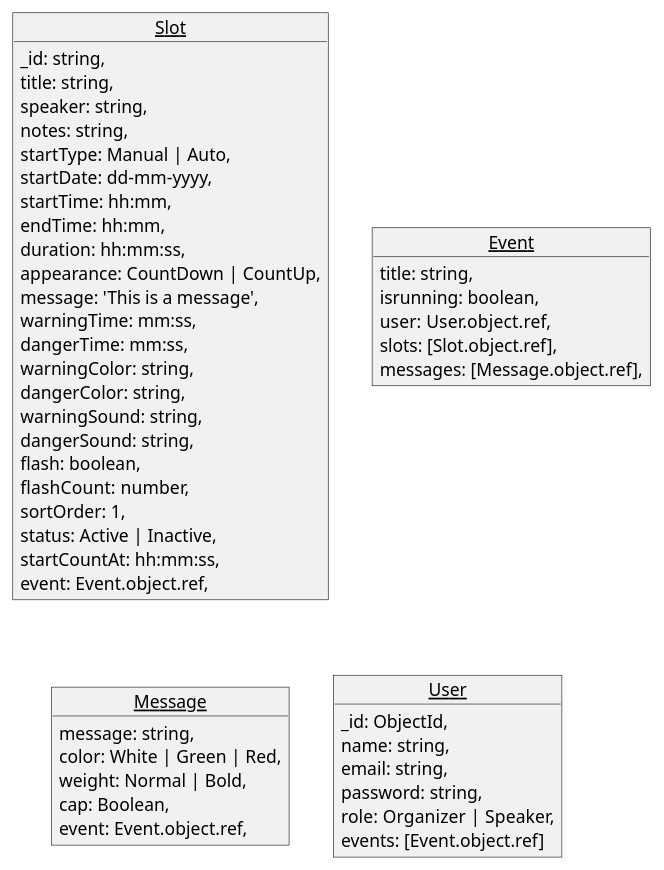
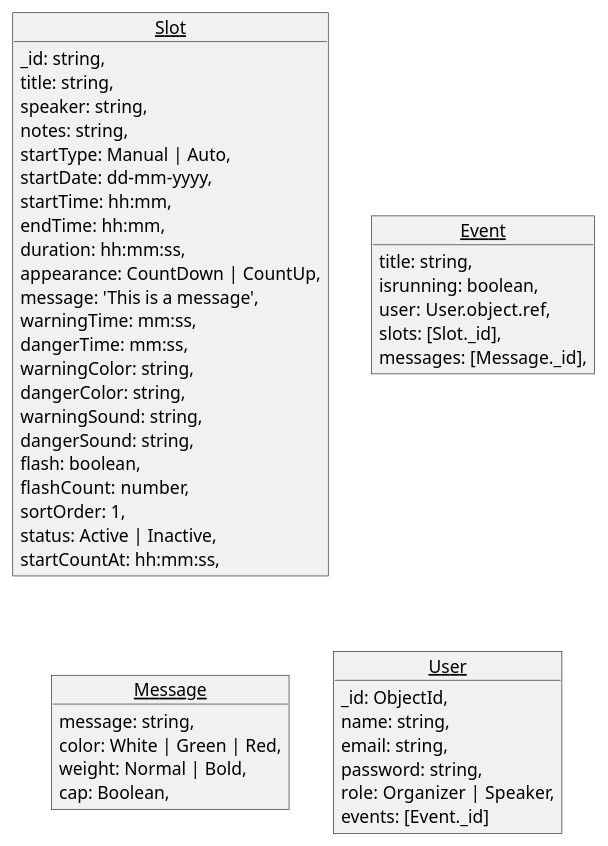
Before and after one commit to saipepu/pitchtrack-server: the diagram in uml/uml.puml, drawn with PlantUML. The commit also changed 9 other files, not shown here.

```diff
--- a/uml/uml.puml
+++ b/uml/uml.puml
@@ -1,57 +1,55 @@
 @startuml Pitchtrack
 
 skinparam style strictuml
 skinparam DefaultFontName Arial
 
 object Slot {
   _id: string,
   title: string,
   speaker: string,
   notes: string,
   startType: Manual | Auto,
   startDate: dd-mm-yyyy,
   startTime: hh:mm,
   endTime: hh:mm,
   duration: hh:mm:ss,
   appearance: CountDown | CountUp,
   message: 'This is a message',
   warningTime: mm:ss,
   dangerTime: mm:ss,
   warningColor: string,
   dangerColor: string,
   warningSound: string,
   dangerSound: string,
   flash: boolean,
   flashCount: number,
   sortOrder: 1,
   status: Active | Inactive,
   startCountAt: hh:mm:ss,
-  event: Event.object.ref,
 }
 
 object Event {
   title: string,
   isrunning: boolean,
   user: User.object.ref,
-  slots: [Slot.object.ref],
-  messages: [Message.object.ref],
+  slots: [Slot._id],
+  messages: [Message._id],
 }
 
 object Message {
   message: string,
   color: White | Green | Red,
   weight: Normal | Bold,
   cap: Boolean,
-  event: Event.object.ref,
 }
 
 object User {
   _id: ObjectId,
   name: string,
   email: string,
   password: string,
   role: Organizer | Speaker,
-  events: [Event.object.ref]
+  events: [Event._id]
 }
 
 @enduml
```
